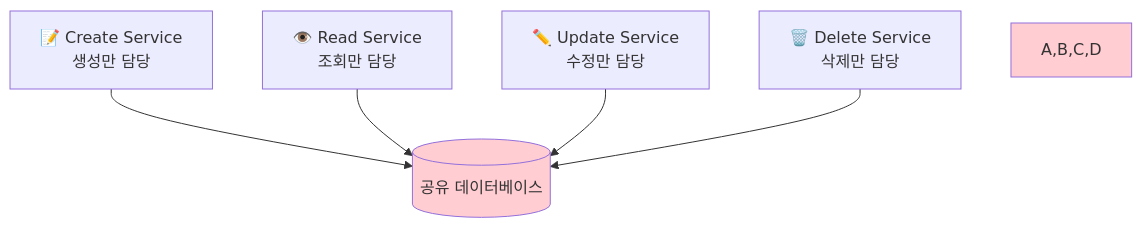
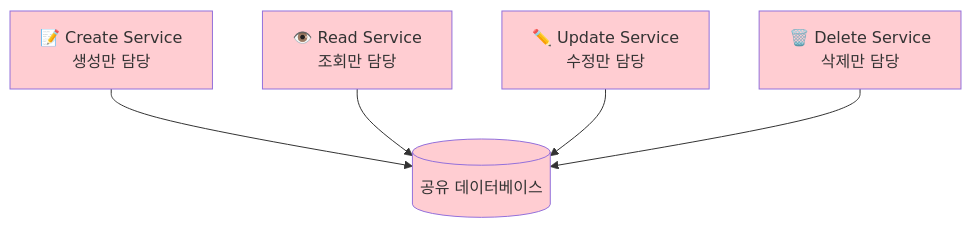
The tenth of 15 diagrams in theory/week_04/day1/session_2.md (niceguy61/kdt_devops_lecture_2025), drawn with Mermaid before and after one commit. The commit also changed other lines of this file, not shown here.

Commit message:
mermaid update

````diff
--- a/theory/week_04/day1/session_2.md
+++ b/theory/week_04/day1/session_2.md
@@ -458,17 +466,20 @@
 ```mermaid
 graph TB
     A[📝 Create Service<br/>생성만 담당]
     B[👁️ Read Service<br/>조회만 담당]
     C[✏️ Update Service<br/>수정만 담당]
     D[🗑️ Delete Service<br/>삭제만 담당]
     
     E[(공유 데이터베이스)]
     
     A --> E
     B --> E
     C --> E
     D --> E
     
-    style A,B,C,D fill:#ffcdd2
+    style A fill:#ffcdd2
+    style B fill:#ffcdd2
+    style C fill:#ffcdd2
+    style D fill:#ffcdd2
     style E fill:#ffcdd2
 ```
````
